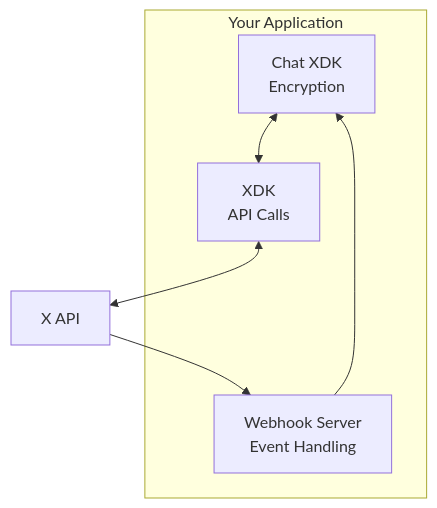
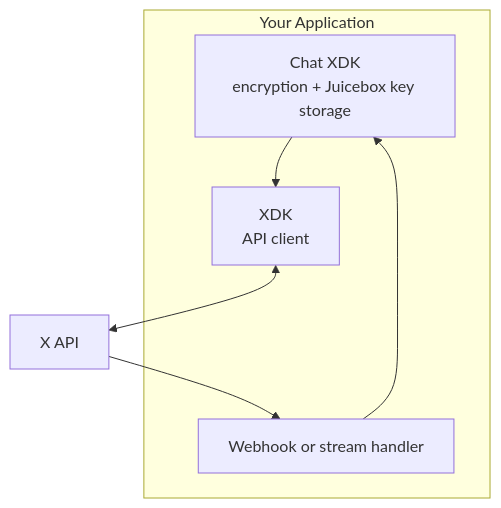
Before and after one commit to xdevplatform/docs: the diagram in xchat/getting-started.mdx, drawn with Mermaid. The commit also changed other lines of this file and 7 other files, not shown here.

First line of the commit message:
Update XChat docs for current Chat XDK and X API

````diff
--- a/xchat/getting-started.mdx
+++ b/xchat/getting-started.mdx
@@ -33,13 +32,13 @@
 ```mermaid
 flowchart TB
     subgraph "Your Application"
-        A[Chat XDK<br/>Encryption]
-        B[XDK<br/>API Calls]
-        C[Webhook Server<br/>Event Handling]
+        A[Chat XDK<br/>encryption + Juicebox key storage]
+        B[XDK<br/>API client]
+        C[Webhook or stream handler]
     end
-    
-    A <--> B
+
     B <--> D[X API]
     D --> C
     C --> A
+    A --> B
 ```
````
